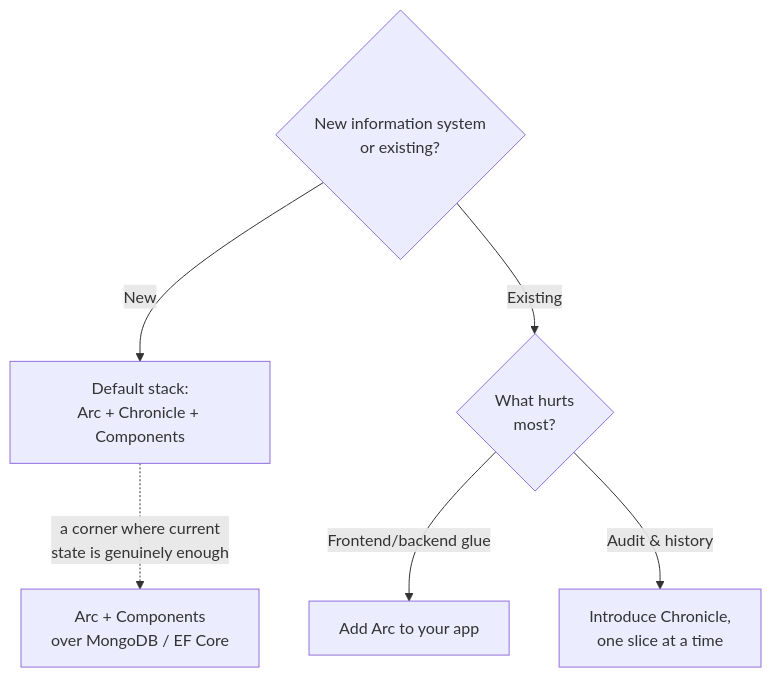
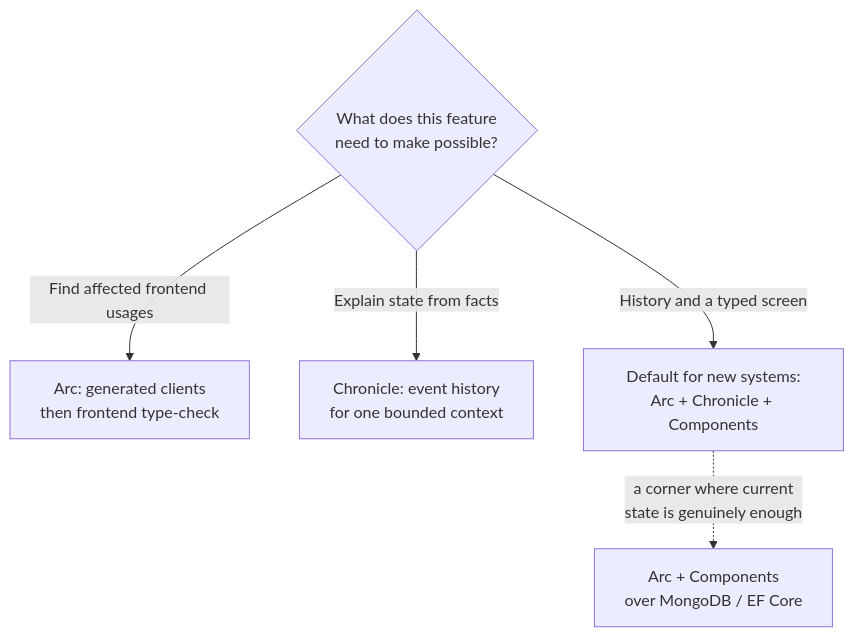
One commit to Cratis/Documentation changed the diagram in web/src/content/docs/adopting-cratis.mdx. Above: the diagram before and after it, drawn with Mermaid. The commit also changed other lines of this file and 92 other files, not shown here.

````diff
--- a/web/src/content/docs/adopting-cratis.mdx
+++ b/web/src/content/docs/adopting-cratis.mdx
@@ -18,9 +23,8 @@
 ```mermaid
 flowchart TD
-    Q1{New information system<br/>or existing?}
-    Q1 -->|New| FULL["Default stack:<br/>Arc + Chronicle + Components"]
+    Q1{What does this feature<br/>need to make possible?}
+    Q1 -->|Find affected frontend usages| ADDARC["Arc: generated clients<br/>then frontend type-check"]
+    Q1 -->|Explain state from facts| ADDCHR["Chronicle: event history<br/>for one bounded context"]
+    Q1 -->|History and a typed screen| FULL["Default for new systems:<br/>Arc + Chronicle + Components"]
     FULL -.->|a corner where current<br/>state is genuinely enough| ARC["Arc + Components<br/>over MongoDB / EF Core"]
-    Q1 -->|Existing| Q3{What hurts<br/>most?}
-    Q3 -->|Frontend/backend glue| ADDARC["Add Arc to your app"]
-    Q3 -->|Audit & history| ADDCHR["Introduce Chronicle,<br/>one slice at a time"]
 ```
````
